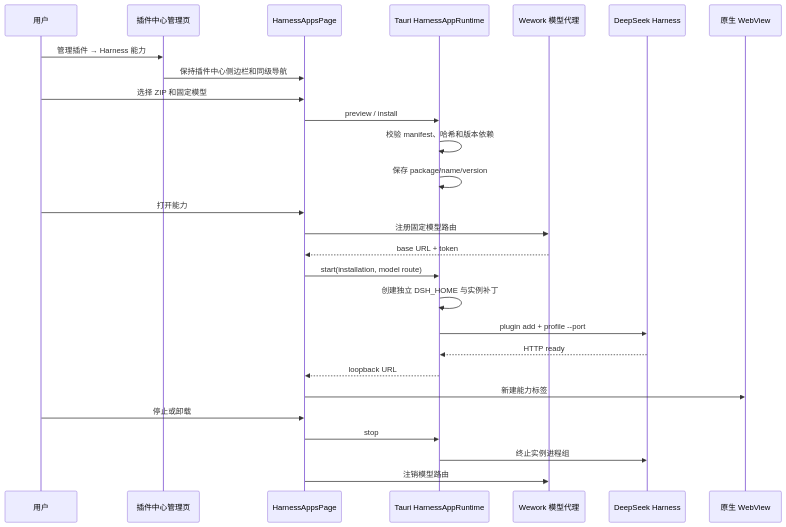
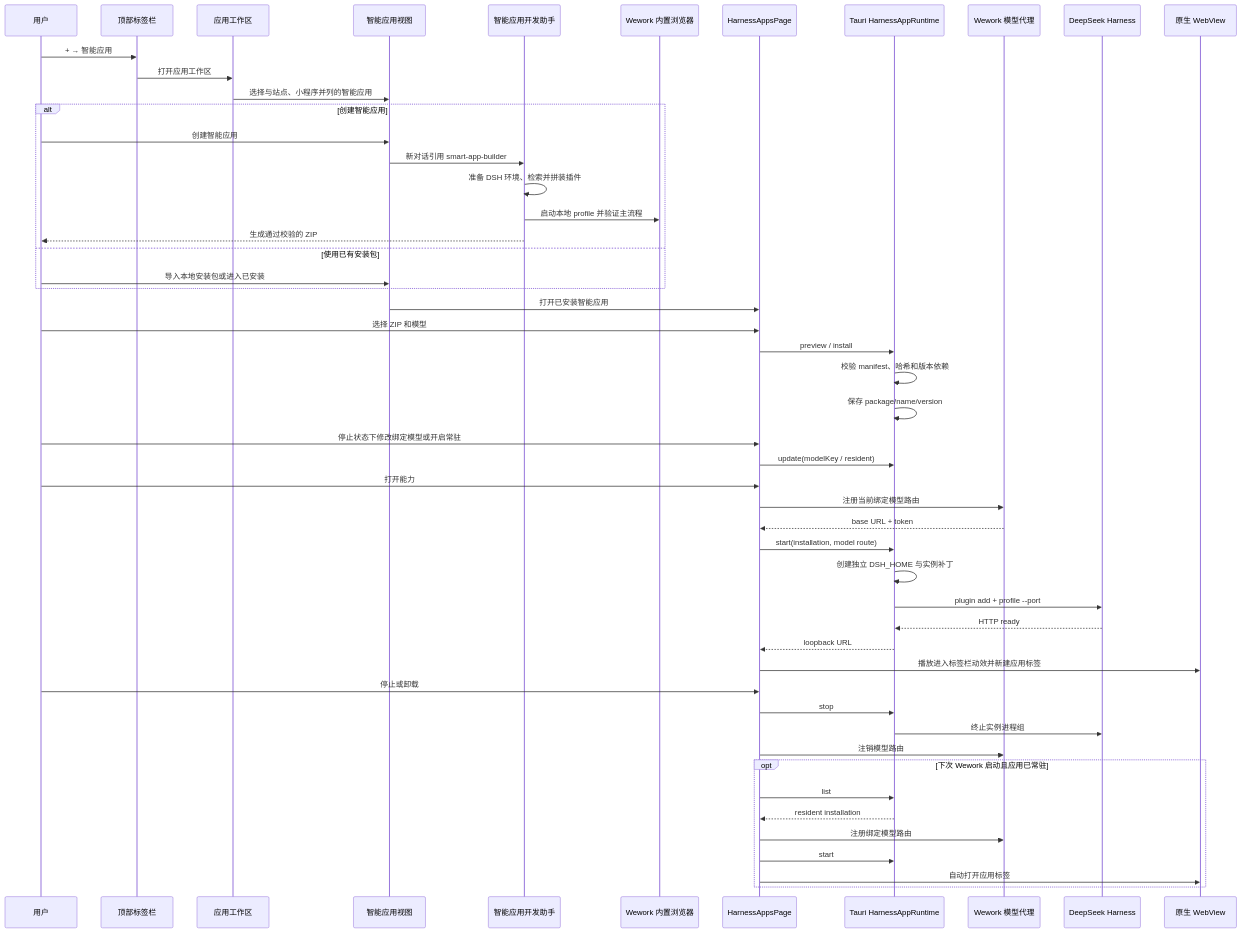
The second of 2 diagrams in docs/zh/architecture/deepseek-harness-apps.md (wecode-ai/Wegent), drawn with Mermaid before and after one commit. The commit also changed other lines of this file and 59 other files, not shown here.

Commit message:
feat(wework): complete smart app integration

````diff
--- a/docs/zh/architecture/deepseek-harness-apps.md
+++ b/docs/zh/architecture/deepseek-harness-apps.md
@@ -24,30 +44,55 @@
 ```mermaid
 sequenceDiagram
     participant U as 用户
-    participant C as 插件中心管理页
+    participant C as 顶部标签栏
+    participant A as 应用工作区
+    participant M as 智能应用视图
+    participant B as 智能应用开发助手
+    participant WB as Wework 内置浏览器
     participant UI as HarnessAppsPage
     participant T as Tauri HarnessAppRuntime
     participant P as Wework 模型代理
     participant D as DeepSeek Harness
     participant W as 原生 WebView
 
-    U->>C: 管理插件 → Harness 能力
-    C->>UI: 保持插件中心侧边栏和同级导航
-    U->>UI: 选择 ZIP 和固定模型
+    U->>C: + → 智能应用
+    C->>A: 打开应用工作区
+    A->>M: 选择与站点、小程序并列的智能应用
+    alt 创建智能应用
+        U->>M: 创建智能应用
+        M->>B: 新对话引用 smart-app-builder
+        B->>B: 准备 DSH 环境、检索并拼装插件
+        B->>WB: 启动本地 profile 并验证主流程
+        B-->>U: 生成通过校验的 ZIP
+    else 使用已有安装包
+        U->>M: 导入本地安装包或进入已安装
+    end
+    M->>UI: 打开已安装智能应用
+    U->>UI: 选择 ZIP 和模型
     UI->>T: preview / install
     T->>T: 校验 manifest、哈希和版本依赖
     T->>T: 保存 package/name/version
+    U->>UI: 停止状态下修改绑定模型或开启常驻
+    UI->>T: update(modelKey / resident)
     U->>UI: 打开能力
-    UI->>P: 注册固定模型路由
+    UI->>P: 注册当前绑定模型路由
     P-->>UI: base URL + token
     UI->>T: start(installation, model route)
     T->>T: 创建独立 DSH_HOME 与实例补丁
     T->>D: plugin add + profile --port
     D-->>T: HTTP ready
     T-->>UI: loopback URL
-    UI->>W: 新建能力标签
+    UI->>W: 播放进入标签栏动效并新建应用标签
     U->>UI: 停止或卸载
     UI->>T: stop
     T->>D: 终止实例进程组
     UI->>P: 注销模型路由
+
+    opt 下次 Wework 启动且应用已常驻
+        UI->>T: list
+        T-->>UI: resident installation
+        UI->>P: 注册绑定模型路由
+        UI->>T: start
+        UI->>W: 自动打开应用标签
+    end
 ```
````
